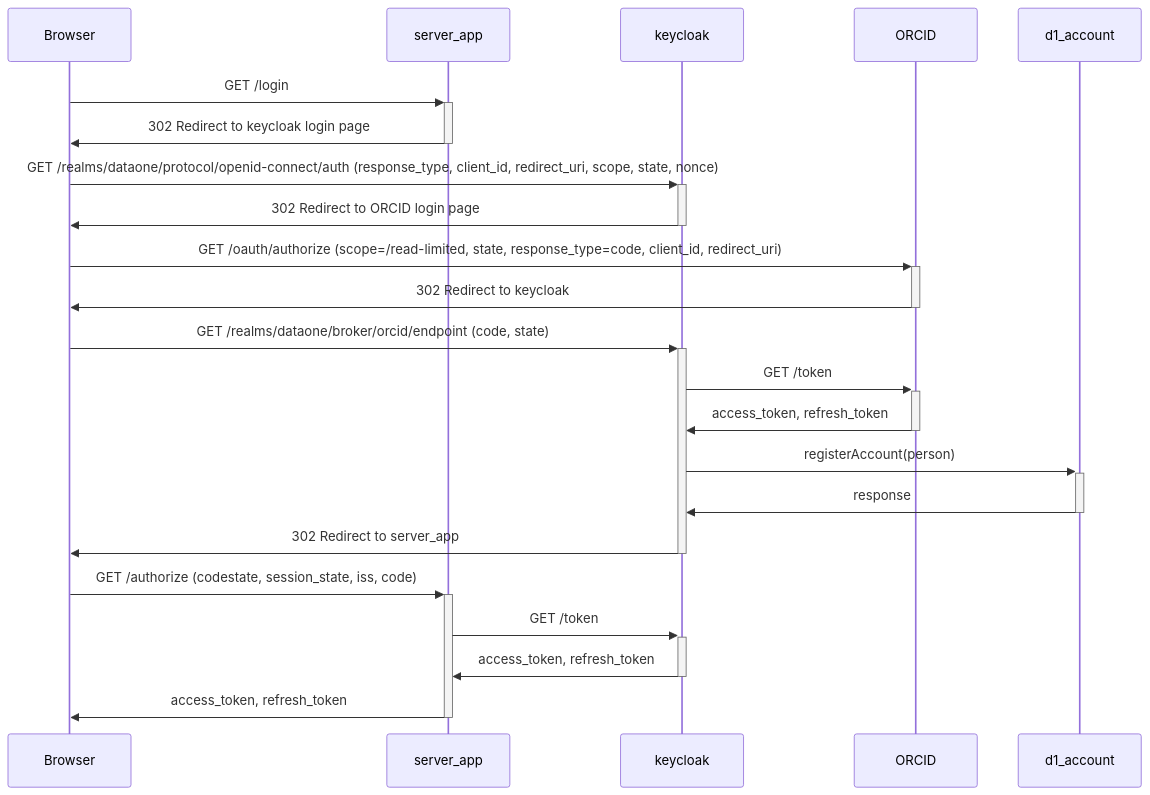
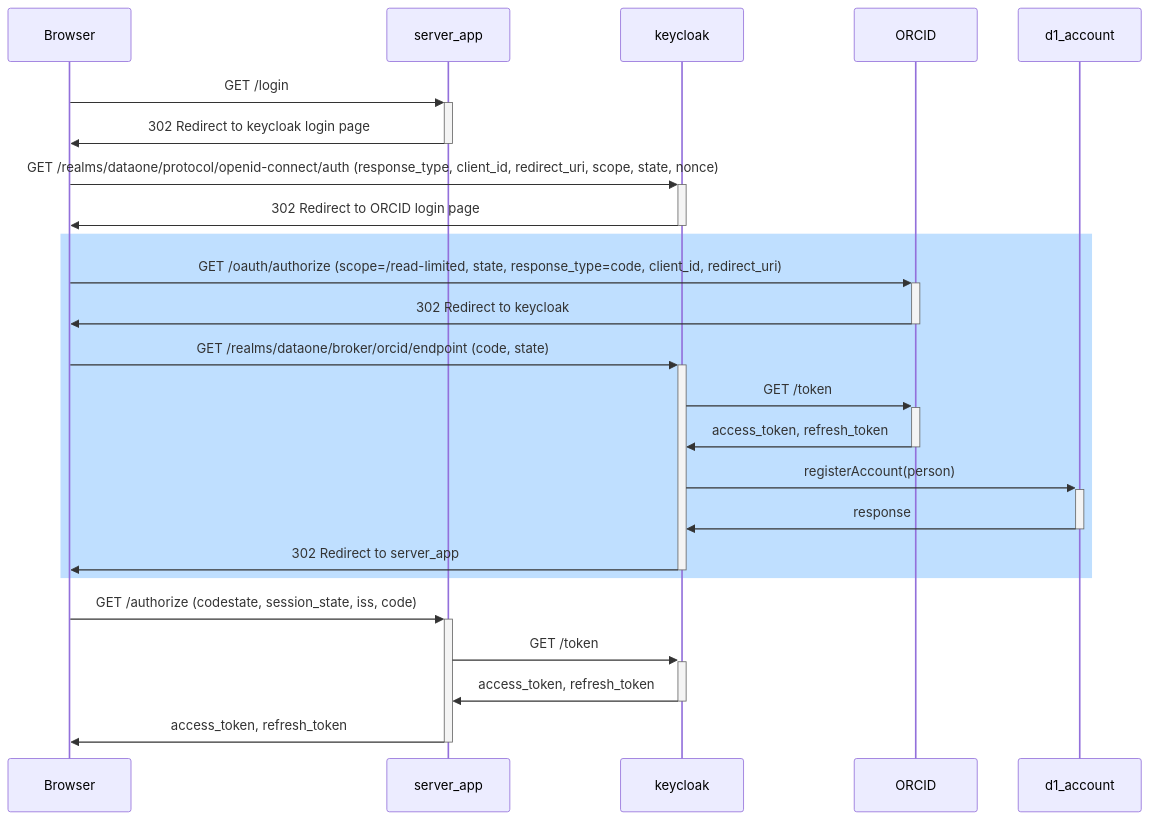
Before and after one commit to DataONEorg/dataone-keycloak: the first of 3 diagrams in docs/client-sequence-diagram.md, drawn with Mermaid.

Commit message:
Add background rect to sequence diagram

````diff
--- a/docs/client-sequence-diagram.md
+++ b/docs/client-sequence-diagram.md
@@ -11,33 +11,37 @@
 ```mermaid
 sequenceDiagram
     
     participant Browser
     participant server_app
     participant keycloak
     participant ORCID
     participant d1_account
 
     Browser->>+server_app: GET /login
     server_app->>-Browser: 302 Redirect to keycloak login page
     
     Browser->>+keycloak: GET /realms/dataone/protocol/openid-connect/auth (response_type, client_id, redirect_uri, scope, state, nonce)
     keycloak->>-Browser: 302 Redirect to ORCID login page
 
+    rect rgb(191, 223, 255)
+
     Browser->>+ORCID: GET /oauth/authorize (scope=/read-limited, state, response_type=code, client_id, redirect_uri)
     ORCID->>-Browser: 302 Redirect to keycloak
 
     Browser->>+keycloak: GET /realms/dataone/broker/orcid/endpoint (code, state)
     
     keycloak->>+ORCID: GET /token
     ORCID->>-keycloak: access_token, refresh_token
 
     keycloak->>+d1_account: registerAccount(person)
     d1_account->>-keycloak: response
 
     keycloak->>-Browser: 302 Redirect to server_app
 
+    end
+    
     Browser->>+server_app: GET /authorize (codestate, session_state, iss, code)
     server_app->>+keycloak: GET /token
     keycloak->>-server_app: access_token, refresh_token
     server_app->>-Browser: access_token, refresh_token
 ```
````
